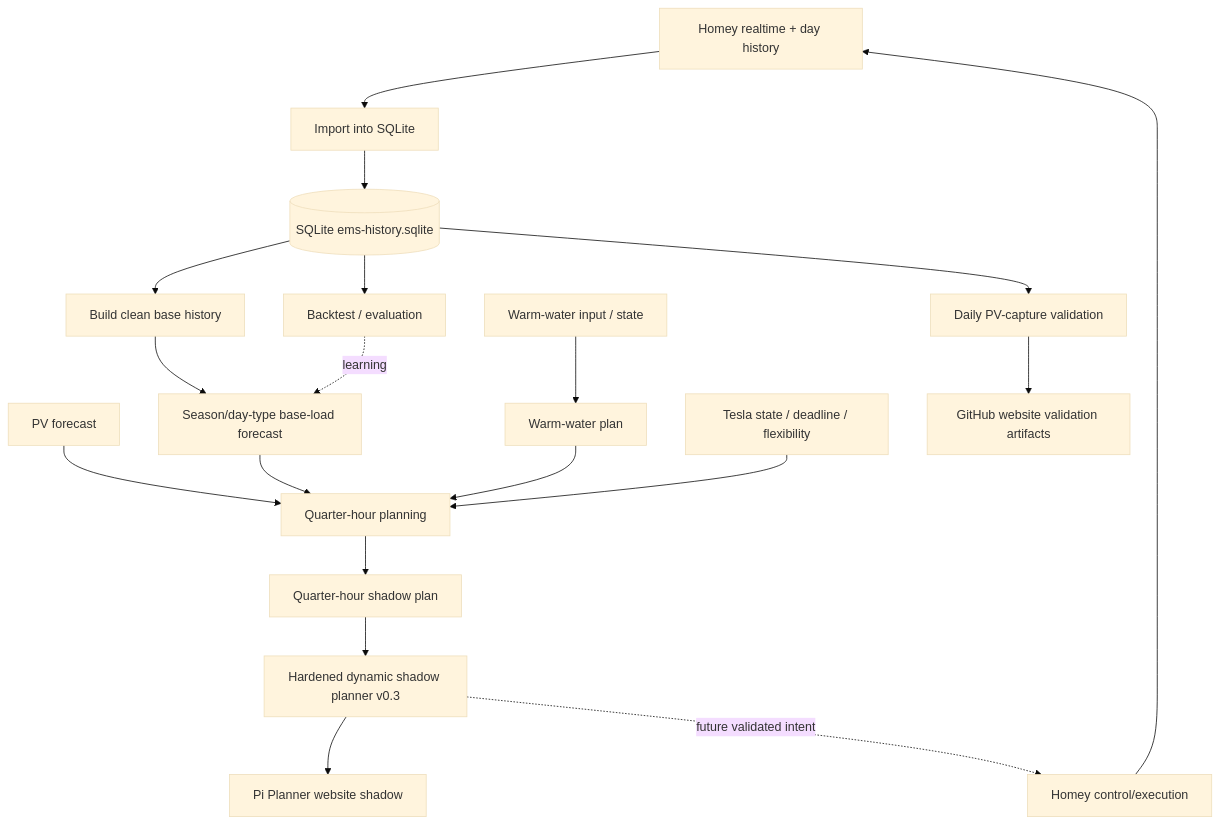
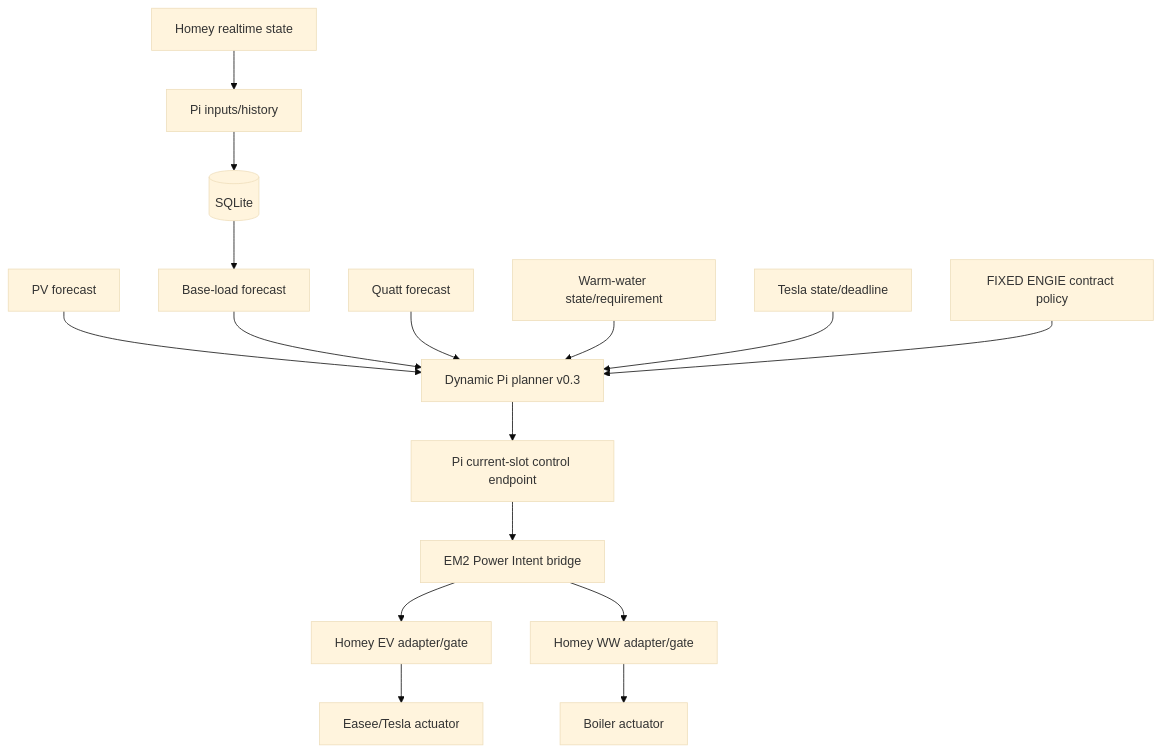
Before and after one commit to OnsKasteeltje/homey-energy-manual: the diagram in docs/architecture/CURRENT-EMS-STATE.md, drawn with Mermaid (base theme). The commit also changed other lines of this file, not shown here.

Commit message:
Document Pi live planning authority cutover

````diff
--- a/docs/architecture/CURRENT-EMS-STATE.md
+++ b/docs/architecture/CURRENT-EMS-STATE.md
@@ -26,21 +25,18 @@
 ```mermaid
 flowchart TD
-    H[Homey realtime + day history] --> I[Import into SQLite]
-    I --> DB[(SQLite ems-history.sqlite)]
-    DB --> C[Build clean base history]
-    PV[PV forecast] --> P[Quarter-hour planning]
-    C --> B[Season/day-type base-load forecast]
-    B --> P
-    WW[Warm-water input / state] --> WWP[Warm-water plan]
-    WWP --> P
-    T[Tesla state / deadline / flexibility] --> P
-    P --> S[Quarter-hour shadow plan]
-    S --> D[Hardened dynamic shadow planner v0.3]
-    D --> WEB[Pi Planner website shadow]
-    D -. future validated intent .-> HC[Homey control/execution]
-    HC --> H
-    DB --> BT[Backtest / evaluation]
-    BT -. learning .-> B
-    DB --> PVC[Daily PV-capture validation]
-    PVC --> PUB[GitHub website validation artifacts]
+    H[Homey realtime state] --> I[Pi inputs/history]
+    I --> DB[(SQLite)]
+    DB --> B[Base-load forecast]
+    PV[PV forecast] --> DP[Dynamic Pi planner v0.3]
+    B --> DP
+    Q[Quatt forecast] --> DP
+    WW[Warm-water state/requirement] --> DP
+    EV[Tesla state/deadline] --> DP
+    CP[FIXED ENGIE contract policy] --> DP
+    DP --> CE[Pi current-slot control endpoint]
+    CE --> PI[EM2 Power Intent bridge]
+    PI --> EA[Homey EV adapter/gate]
+    PI --> WA[Homey WW adapter/gate]
+    EA --> EVA[Easee/Tesla actuator]
+    WA --> WWA[Boiler actuator]
 ```
````
